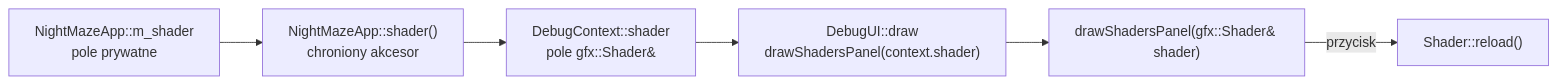
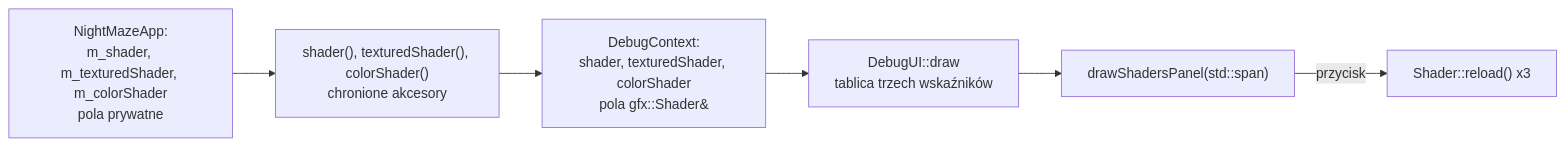
Before and after one commit to Shironex/night-maze: the second of 3 diagrams in docs/modules/gfx/shader-hot-reload.md, drawn with Mermaid. The commit also changed other lines of this file and 41 other files, not shown here.

First line of the commit message:
feat(game): draw the textured maze and walk through it

````diff
--- a/docs/modules/gfx/shader-hot-reload.md
+++ b/docs/modules/gfx/shader-hot-reload.md
@@ -217,8 +271,8 @@
 ```mermaid
 flowchart LR
-    Field["NightMazeApp::m_shader<br/>pole prywatne"] --> Acc["NightMazeApp::shader()<br/>chroniony akcesor"]
-    Acc --> Ctx["DebugContext::shader<br/>pole gfx::Shader&"]
-    Ctx --> Draw["DebugUI::draw<br/>drawShadersPanel(context.shader)"]
-    Draw --> Panel["drawShadersPanel(gfx::Shader& shader)"]
-    Panel -->|"przycisk"| Reload["Shader::reload()"]
+    Field["NightMazeApp:<br/>m_shader, m_texturedShader, m_colorShader<br/>pola prywatne"] --> Acc["shader(), texturedShader(), colorShader()<br/>chronione akcesory"]
+    Acc --> Ctx["DebugContext:<br/>shader, texturedShader, colorShader<br/>pola gfx::Shader&"]
+    Ctx --> Draw["DebugUI::draw<br/>tablica trzech wskaźników"]
+    Draw --> Panel["drawShadersPanel(std::span)"]
+    Panel -->|"przycisk"| Reload["Shader::reload() x3"]
 ```
````
